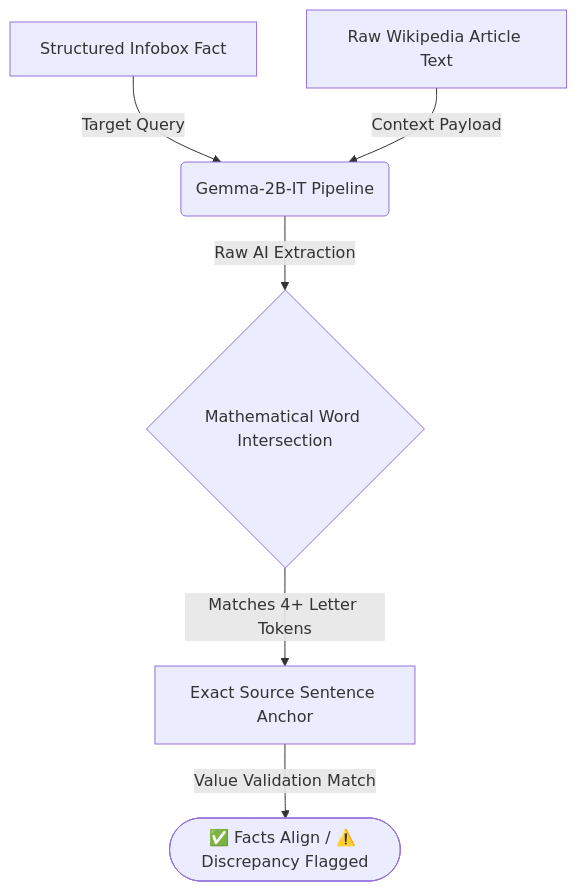
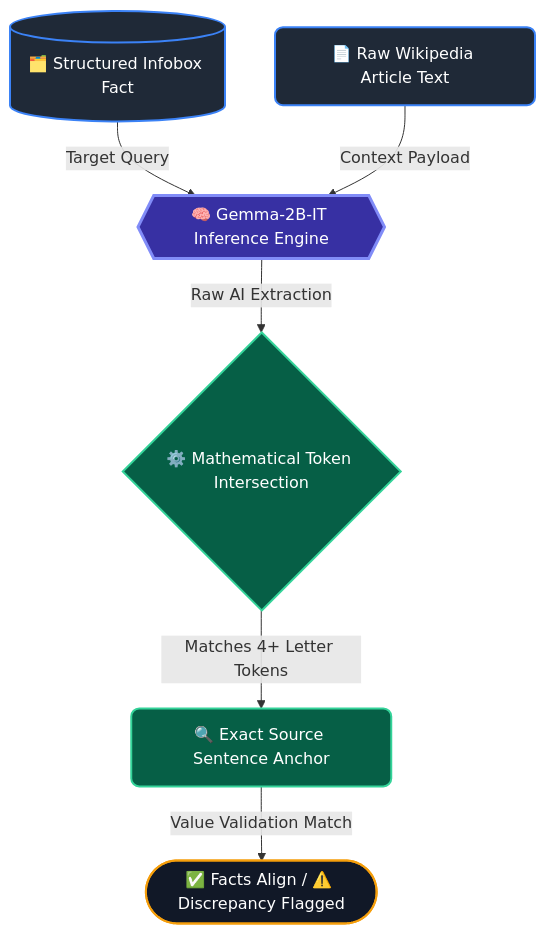
Before and after one commit to samios07/WikiFactCheck-AI: the diagram in README.md, drawn with Mermaid.

````diff
--- a/README.md
+++ b/README.md
@@ -81,9 +81,18 @@
 ```mermaid
 graph TD
-    A[Structured Infobox Fact] -->|Target Query| C(Gemma-2B-IT Pipeline)
-    B[Raw Wikipedia Article Text] -->|Context Payload| C
-    C -->|Raw AI Extraction| D{Mathematical Word Intersection}
-    D -->|Matches 4+ Letter Tokens| E[Exact Source Sentence Anchor]
-    E -->|Value Validation Match| F([✅ Facts Align / ⚠️ Discrepancy Flagged])
+    classDef input fill:#1f2937,stroke:#3b82f6,stroke-width:2px,color:#fff,rx:8,ry:8;
+    classDef ai fill:#3730a3,stroke:#818cf8,stroke-width:3px,color:#fff,rx:8,ry:8;
+    classDef math fill:#065f46,stroke:#34d399,stroke-width:2px,color:#fff,rx:8,ry:8;
+    classDef result fill:#111827,stroke:#f59e0b,stroke-width:2px,color:#fff,rx:15,ry:15;
 
+    A[(🗂️ Structured Infobox Fact)]:::input --> |Target Query| C
+    B[📄 Raw Wikipedia Article Text]:::input --> |Context Payload| C
+
+    C{{🧠 Gemma-2B-IT Inference Engine}}:::ai
+    
+    C --> |Raw AI Extraction| D{⚙️ Mathematical Token Intersection}:::math
+    
+    D --> |Matches 4+ Letter Tokens| E[🔍 Exact Source Sentence Anchor]:::math
+    
+    E --> |Value Validation Match| F([✅ Facts Align / ⚠️ Discrepancy Flagged]):::result
 ```
````
